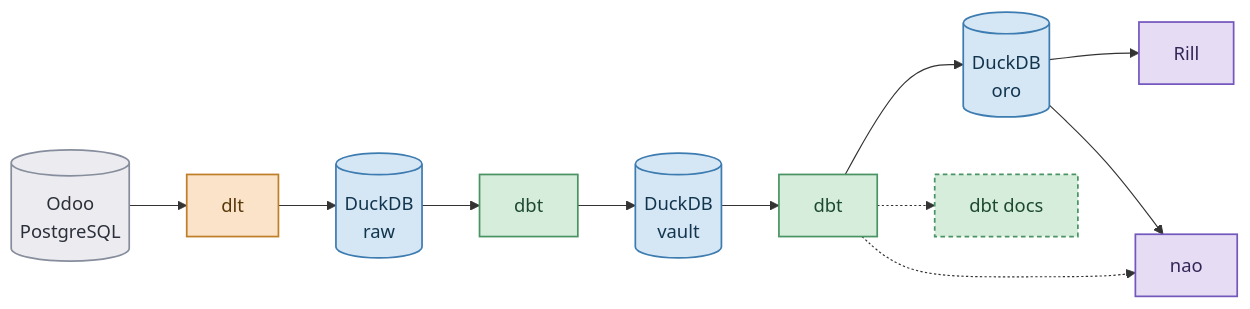
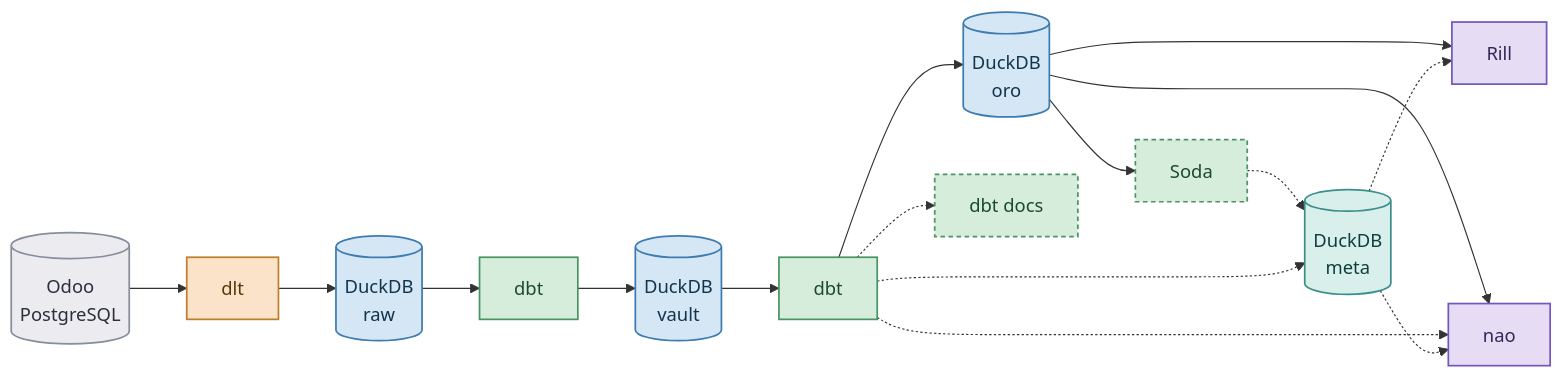
The first of 2 diagrams in content/appendices/datalake.qmd (IraitzM/ingenieria-datos), drawn with Mermaid before and after one commit. The commit also changed other lines of this file and 12 other files, not shown here.

````diff
--- a/content/appendices/datalake.qmd
+++ b/content/appendices/datalake.qmd
@@ -17,26 +17,33 @@
 ```{mermaid}
 flowchart LR
     o[("Odoo<br/>PostgreSQL")] --> d["dlt"]
     d --> b[("DuckDB<br/>raw")]
     b --> t["dbt"]
     t --> v[("DuckDB<br/>vault")]
     v --> t2["dbt"]
     t2 --> g[("DuckDB<br/>oro")]
     g --> r["Rill"]
     g --> n["nao"]
+    g --> s["Soda"]
     t2 -.-> doc["dbt docs"]
     t2 -.-> n
+    s -.-> m[("DuckDB<br/>meta")]
+    t2 -.-> m
+    m -.-> r
+    m -.-> n
 
     classDef origen fill:#ececf0,stroke:#868d9c,stroke-width:1.5px,color:#2b2f3a
     classDef carga fill:#fae3c8,stroke:#bf7f28,stroke-width:1.5px,color:#573809
     classDef almacen fill:#d5e6f5,stroke:#3d7cb0,stroke-width:1.5px,color:#12354e
     classDef transformacion fill:#d7eddc,stroke:#4a9463,stroke-width:1.5px,color:#1c4a2e
     classDef explotacion fill:#e6ddf5,stroke:#7457bd,stroke-width:1.5px,color:#332757
     classDef documentacion fill:#d7eddc,stroke:#4a9463,stroke-width:1.5px,color:#1c4a2e,stroke-dasharray:4 3
+    classDef meta fill:#d9efec,stroke:#3a8f8a,stroke-width:1.5px,color:#0f3f3c
     class o origen
     class d carga
     class b,v,g almacen
     class t,t2 transformacion
     class r,n explotacion
-    class doc documentacion
+    class doc,s documentacion
+    class m meta
 ```
````
